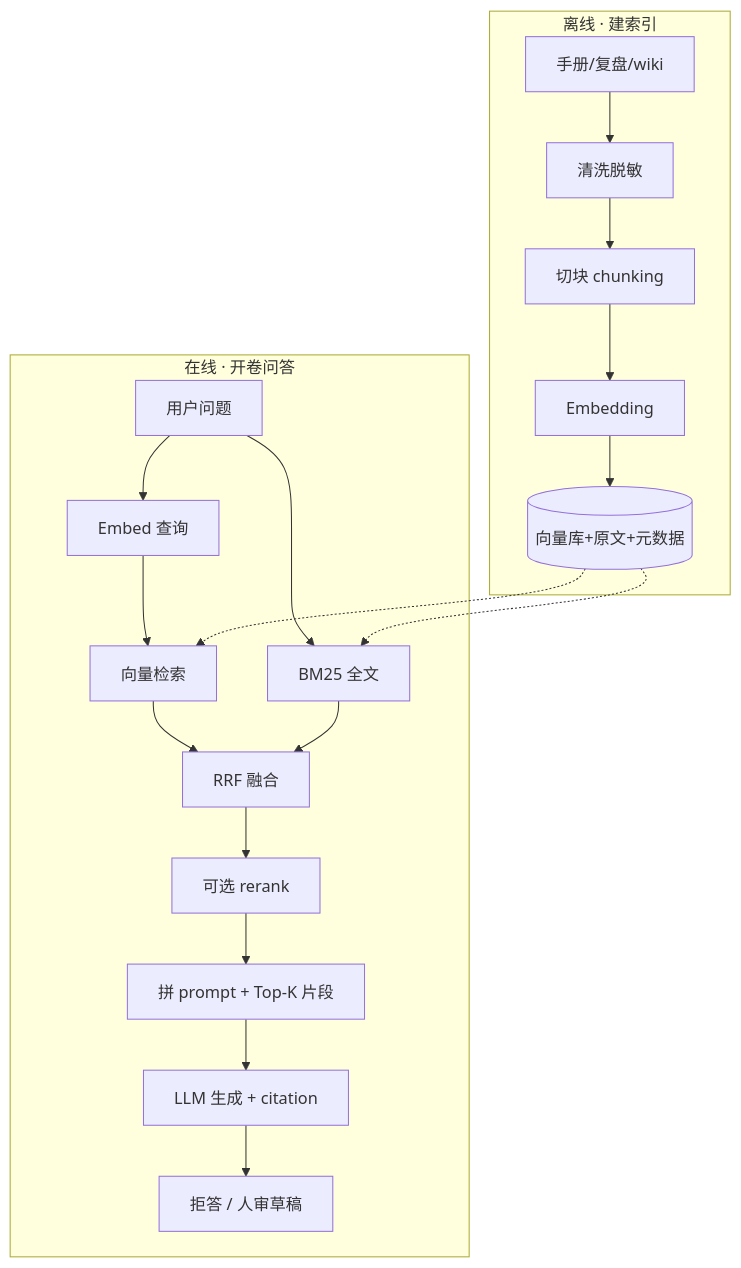
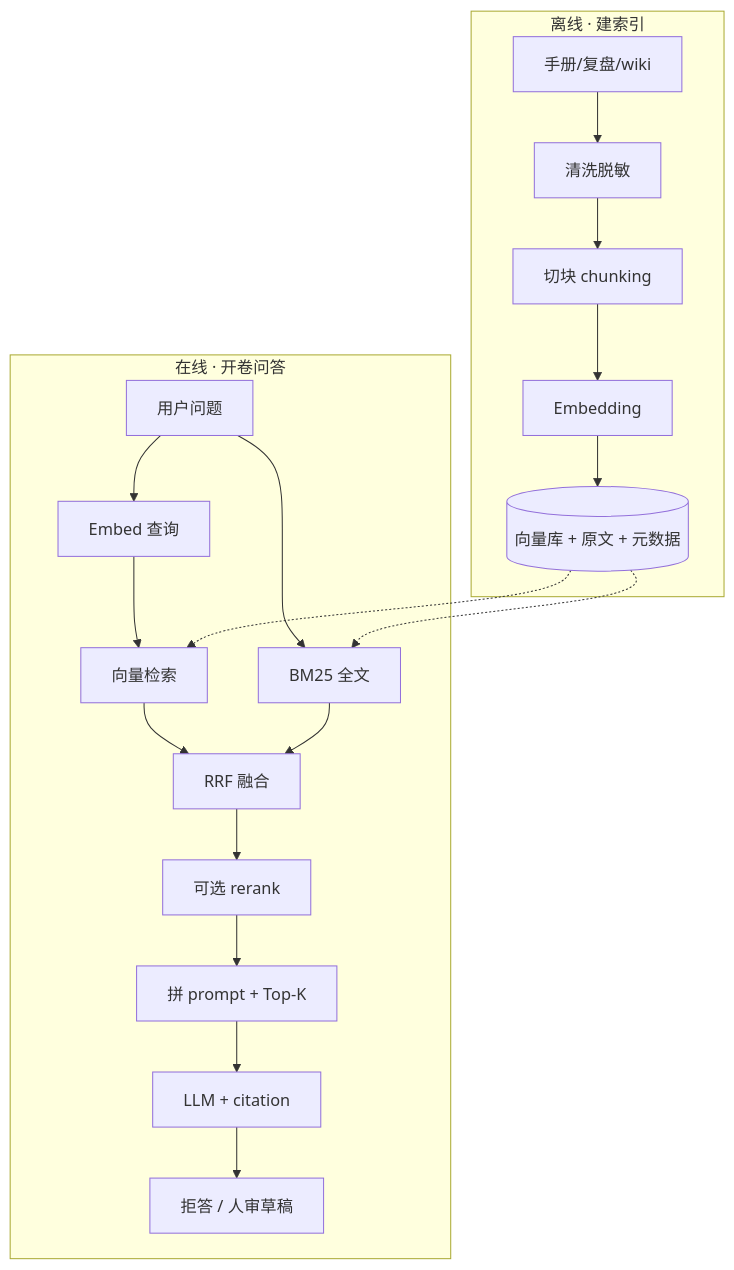
One commit to ml-cuizijun/LearnToLilith changed the first of 4 diagrams in 08-AI与智能运维/03-RAG检索增强/知识点.md. Above: the diagram before and after it, drawn with Mermaid. The commit also changed other lines of this file and 178 other files, not shown here.

````diff
--- a/08-AI与智能运维/03-RAG检索增强/知识点.md
+++ b/08-AI与智能运维/03-RAG检索增强/知识点.md
@@ -21,22 +14,22 @@
 ```mermaid
 flowchart TB
-    subgraph off ["离线 · 建索引"]
-        D[手册/复盘/wiki] --> CL[清洗脱敏]
-        CL --> CH[切块 chunking]
-        CH --> EM[Embedding]
-        EM --> ST[(向量库+原文+元数据)]
+    subgraph OFF["离线 · 建索引"]
+        D["手册/复盘/wiki"] --> CL["清洗脱敏"]
+        CL --> CH["切块 chunking"]
+        CH --> EM["Embedding"]
+        EM --> ST[("向量库 + 原文 + 元数据")]
     end
-    subgraph on ["在线 · 开卷问答"]
-        Q[用户问题] --> EQ[Embed 查询]
-        EQ --> VR[向量检索]
-        Q --> BM[BM25 全文]
-        VR --> RRF[RRF 融合]
+    subgraph ON["在线 · 开卷问答"]
+        Q["用户问题"] --> EQ["Embed 查询"]
+        EQ --> VR["向量检索"]
+        Q --> BM["BM25 全文"]
+        VR --> RRF["RRF 融合"]
         BM --> RRF
-        RRF --> RR[可选 rerank]
-        RR --> PR[拼 prompt + Top-K 片段]
-        PR --> LLM[LLM 生成 + citation]
-        LLM --> REF[拒答 / 人审草稿]
+        RRF --> RR["可选 rerank"]
+        RR --> PR["拼 prompt + Top-K"]
+        PR --> LLM["LLM + citation"]
+        LLM --> REF["拒答 / 人审草稿"]
     end
     ST -.-> VR
     ST -.-> BM
 ```
````
